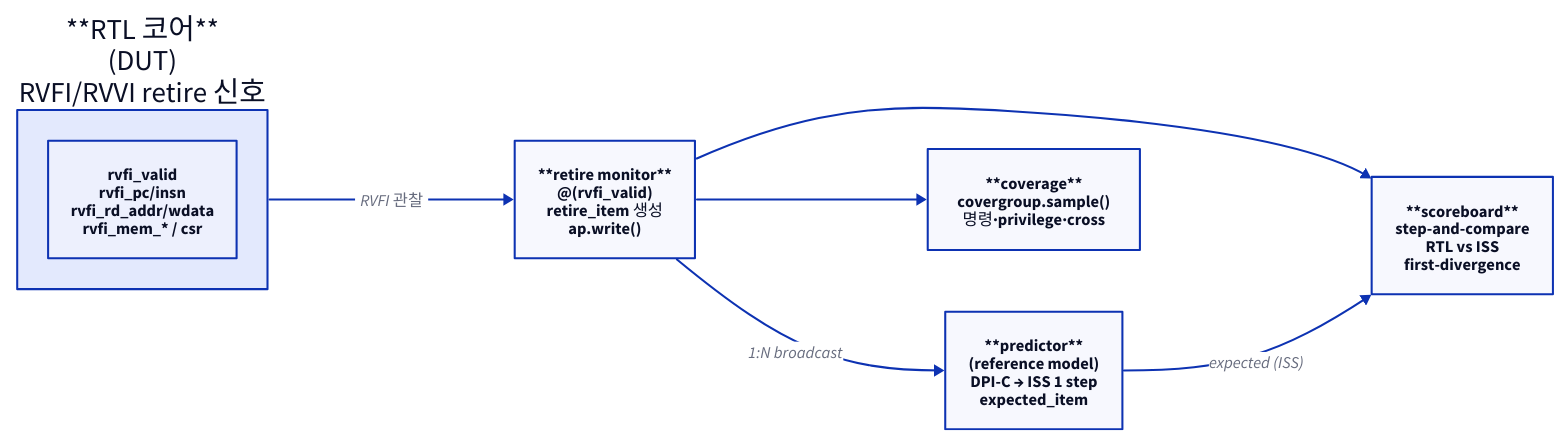
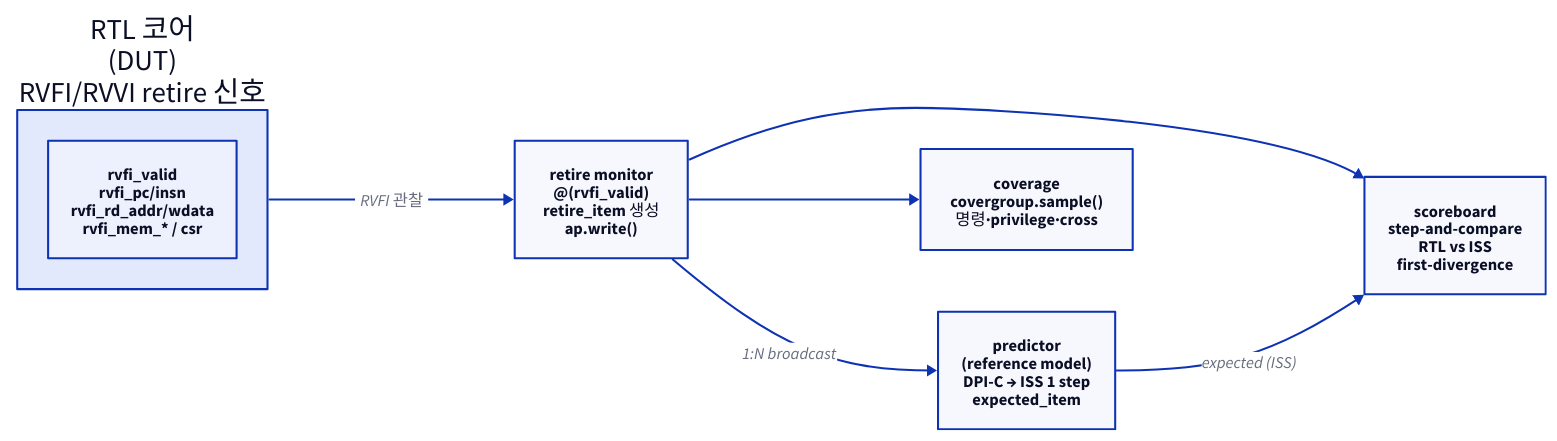
Before and after one commit to humbleowl39/DV_SKOOL: the first of 7 diagrams in starlight_site/src/content/docs/cpu_dv/04_uvm_core_env.md, drawn with D2. The commit also changed other lines of this file and 714 other files, not shown here.

First line of the commit message:
fix(site): d2 다이어그램 가독성 결함 6종 일괄 수정

````diff
--- a/starlight_site/src/content/docs/cpu_dv/04_uvm_core_env.md
+++ b/starlight_site/src/content/docs/cpu_dv/04_uvm_core_env.md
@@ -50,17 +50,17 @@
 ```d2
 direction: right
 
-DUT: "**RTL 코어**\n(DUT)\nRVFI/RVVI retire 신호" {
+DUT: "RTL 코어\n(DUT)\nRVFI/RVVI retire 신호" {
   RVFI: "rvfi_valid\nrvfi_pc/insn\nrvfi_rd_addr/wdata\nrvfi_mem_* / csr"
 }
-MON: "**retire monitor**\n@(rvfi_valid)\nretire_item 생성\nap.write()"
-PRED: "**predictor**\n(reference model)\nDPI-C → ISS 1 step\nexpected_item"
-SB: "**scoreboard**\nstep-and-compare\nRTL vs ISS\nfirst-divergence"
-COV: "**coverage**\ncovergroup.sample()\n명령·privilege·cross"
+MON: "retire monitor\n@(rvfi_valid)\nretire_item 생성\nap.write()"
+PRED: "predictor\n(reference model)\nDPI-C → ISS 1 step\nexpected_item"
+SB: "scoreboard\nstep-and-compare\nRTL vs ISS\nfirst-divergence"
+COV: "coverage\ncovergroup.sample()\n명령·privilege·cross"
 
 DUT -> MON: "RVFI 관찰"
 MON -> PRED: "1:N broadcast"
 MON -> SB
 MON -> COV
 PRED -> SB: "expected (ISS)"
 ```
````
